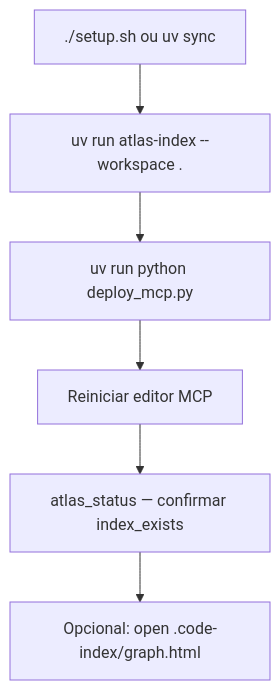
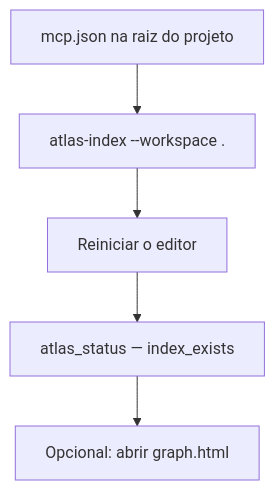
Diagram 14 of 14 in docs/guia-indexacao-grafo-mcp.md (LuisCarlosLopes/codesteer-atlas), drawn with Mermaid before and after one commit. The commit also changed other lines of this file and 3 other files, not shown here.

````diff
--- a/docs/guia-indexacao-grafo-mcp.md
+++ b/docs/guia-indexacao-grafo-mcp.md
@@ -611,8 +649,7 @@
 ```mermaid
 flowchart TD
-    S1[./setup.sh ou uv sync] --> S2[uv run atlas-index --workspace .]
-    S2 --> S3[uv run python deploy_mcp.py]
-    S3 --> S4[Reiniciar editor MCP]
-    S4 --> S5[atlas_status — confirmar index_exists]
-    S5 --> S6[Opcional: open .code-index/graph.html]
+    S1[mcp.json na raiz do projeto] --> S2["atlas-index --workspace ."]
+    S2 --> S3[Reiniciar o editor]
+    S3 --> S4["atlas_status — index_exists"]
+    S4 --> S5[Opcional: abrir graph.html]
 ```
````
